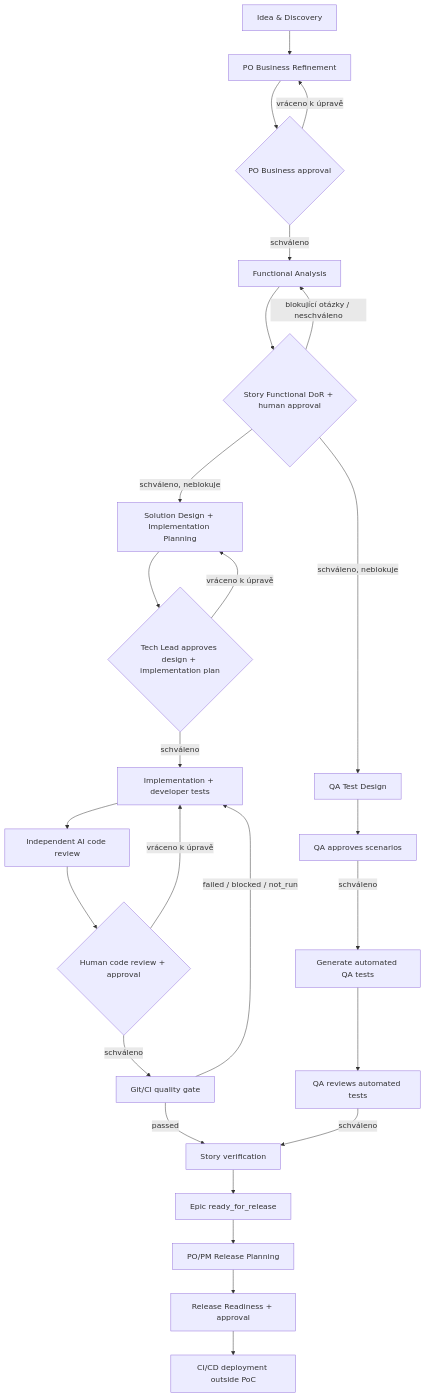
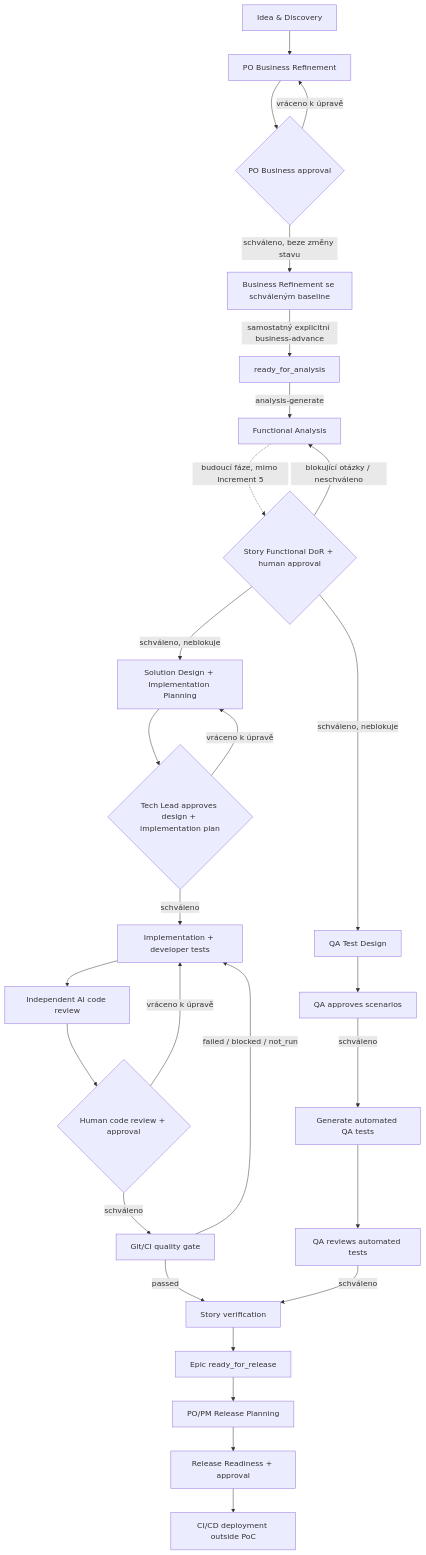
One commit to stjarna/ai-sdlc changed the second of 4 diagrams in docs/specification.md. Above: the diagram before and after it, drawn with Mermaid. The commit also changed other lines of this file and 18 other files, not shown here.

Commit message:
feat(analysis): add AI-assisted functional analysis

````diff
--- a/docs/specification.md
+++ b/docs/specification.md
@@ -125,28 +127,30 @@
 ```mermaid
 flowchart TD
   I[Idea & Discovery] --> B[PO Business Refinement]
   B --> BA{PO Business approval}
-  BA -->|schváleno| A[Functional Analysis]
+  BA -->|schváleno, beze změny stavu| GATE[Business Refinement se schváleným baseline]
+  GATE -->|samostatný explicitní business-advance| READY[ready_for_analysis]
+  READY -->|analysis-generate| A[Functional Analysis]
   BA -->|vráceno k úpravě| B
-  A --> R{Story Functional DoR + human approval}
+  A -. budoucí fáze, mimo Increment 5 .-> R{Story Functional DoR + human approval}
   R -->|blokující otázky / neschváleno| A
   R -->|schváleno, neblokuje| D[Solution Design + Implementation Planning]
   R -->|schváleno, neblokuje| TD[QA Test Design]
   D --> T{Tech Lead approves design + implementation plan}
   T -->|schváleno| IM[Implementation + developer tests]
   T -->|vráceno k úpravě| D
   IM --> AIR[Independent AI code review]
   AIR --> HCR{Human code review + approval}
   HCR -->|vráceno k úpravě| IM
   HCR -->|schváleno| G[Git/CI quality gate]
   G -->|passed| V[Story verification]
   G -->|failed / blocked / not_run| IM
   TD --> QR[QA approves scenarios]
   QR -->|schváleno| AT[Generate automated QA tests]
   AT --> QAR[QA reviews automated tests]
   QAR -->|schváleno| V
   V --> E[Epic ready_for_release]
   E --> RP[PO/PM Release Planning]
   RP --> RR[Release Readiness + approval]
   RR --> CD[CI/CD deployment outside PoC]
 ```
````
